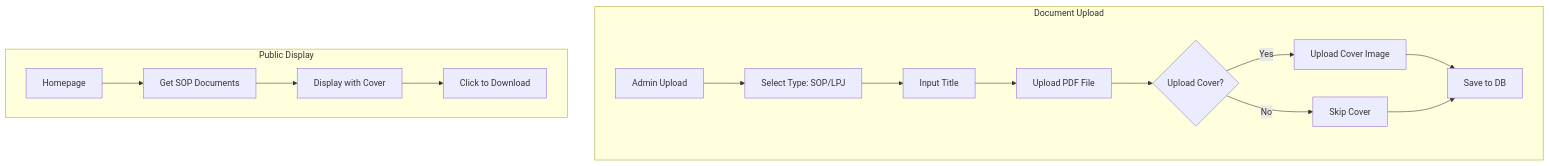
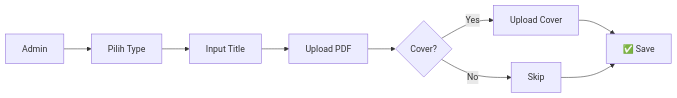
One commit to akhdanyafi/lab_uai_from_asyraf changed diagram 23 of 23 in docs/backend/BACKEND.md. Above: the diagram before and after it, drawn with Mermaid. The commit also changed other lines of this file, not shown here.

````diff
--- a/docs/backend/BACKEND.md
+++ b/docs/backend/BACKEND.md
@@ -465,19 +474,11 @@
 ```mermaid
-flowchart TD
-    subgraph "Document Upload"
-        A[Admin Upload] --> B[Select Type: SOP/LPJ]
-        B --> C[Input Title]
-        C --> D[Upload PDF File]
-        D --> E{Upload Cover?}
-        E -->|Yes| F[Upload Cover Image]
-        E -->|No| G[Skip Cover]
-        F --> H[Save to DB]
-        G --> H
-    end
-    
-    subgraph "Public Display"
-        I[Homepage] --> J[Get SOP Documents]
-        J --> K[Display with Cover]
-        K --> L[Click to Download]
-    end
+flowchart LR
+    A[Admin] --> B[Pilih Type]
+    B --> C[Input Title]
+    C --> D[Upload PDF]
+    D --> E{Cover?}
+    E -->|Yes| F[Upload Cover]
+    E -->|No| G[Skip]
+    F --> H[✅ Save]
+    G --> H
 ```
````
